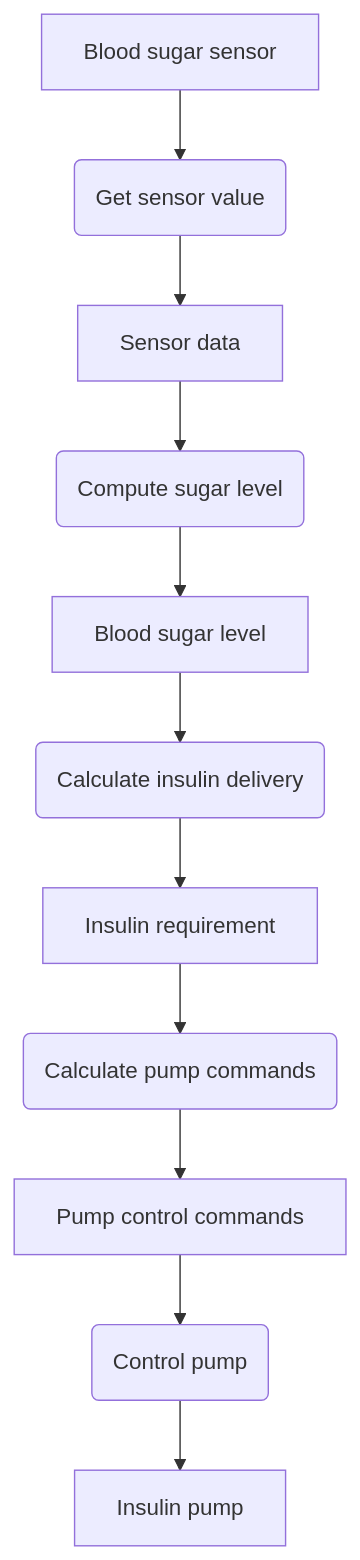
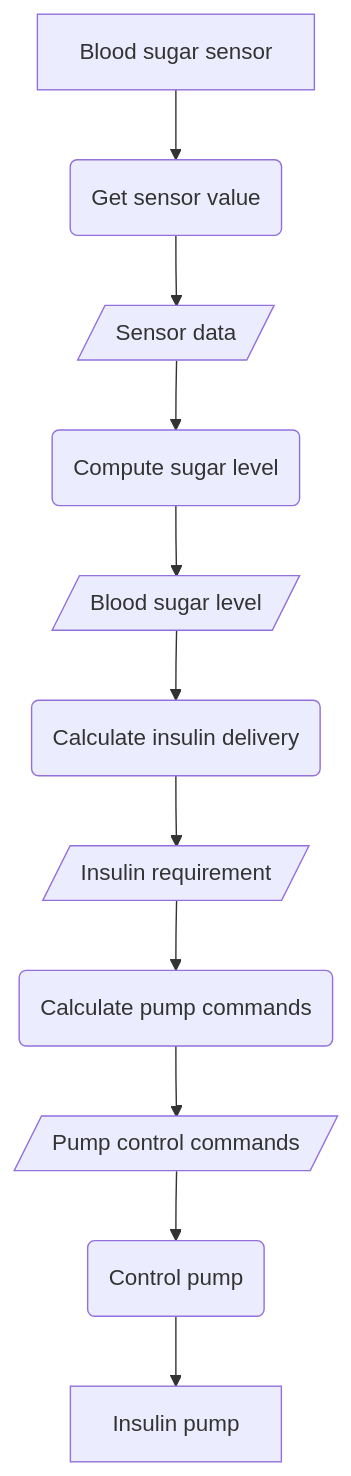
One commit to sujith-eag/sujith-library changed the first of 4 diagrams in docs/mca/se/unit_21/5_behavioral_models_mde.md. Above: the diagram before and after it, drawn with Mermaid. The commit also changed other lines of this file and 12 other files, not shown here.

````diff
--- a/docs/mca/se/unit_21/5_behavioral_models_mde.md
+++ b/docs/mca/se/unit_21/5_behavioral_models_mde.md
@@ -53,13 +51,13 @@
 ```mermaid
 flowchart TD
     BSS[Blood sugar sensor] --> GSV(Get sensor value)
-    GSV --> SD[Sensor data]
+    GSV --> SD[/Sensor data/]
     SD --> CSL(Compute sugar level)
-    CSL --> BSL[Blood sugar level]
+    CSL --> BSL[/Blood sugar level/]
     BSL --> CID(Calculate insulin delivery)
-    CID --> IR[Insulin requirement]
+    CID --> IR[/Insulin requirement/]
     IR --> CPC(Calculate pump commands)
-    CPC --> PCC[Pump control commands]
+    CPC --> PCC[/Pump control commands/]
     PCC --> CP(Control pump)
     CP --> IP[Insulin pump]
 ```
````
